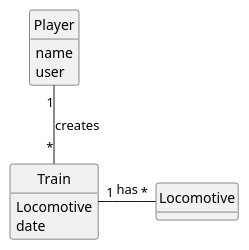
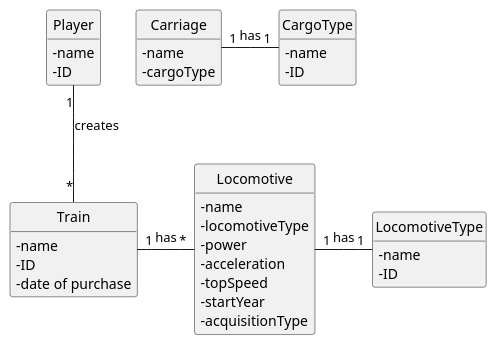
The diagram in docs/sprint1/us009/02.analysis/puml/us009-domain-model.puml (ivasduarte/all-aboard), drawn with PlantUML before and after one commit.

Commit message:
US009(docs): updates on domain model

```diff
--- a/docs/sprint1/us009/02.analysis/puml/us009-domain-model.puml
+++ b/docs/sprint1/us009/02.analysis/puml/us009-domain-model.puml
@@ -1,32 +1,55 @@
 @startuml
 skinparam monochrome true
 skinparam packageStyle rectangle
 skinparam shadowing false
 
 'left to right direction
 
 skinparam classAttributeIconSize 0
 
 hide circle
 hide methods
 
 'title Domain Model
 
 class Train{
-    Locomotive
-    date
+    - name
+    - ID
+    - date of purchase
 }
 class Locomotive {
+    - name
+    - locomotiveType
+    - power
+    - acceleration
+    - topSpeed
+    - startYear
+    - acquisitionType
 }
 
+class LocomotiveType{
+    - name
+    - ID
+}
+
+class Carriage{
+    - name
+    - cargoType
+}
+
+class CargoType{
+    - name
+    - ID
+}
 'the player possibly has much more characteristics
 class Player {
-    name
-    user
+    - name
+    - ID
 }
+
 Train "1" - "*" Locomotive : has
 Player "1" -- "*" Train : creates
-
-
+Locomotive "1" - "1" LocomotiveType : has
+Carriage "1" - "1" CargoType : has
 
 @enduml
```
